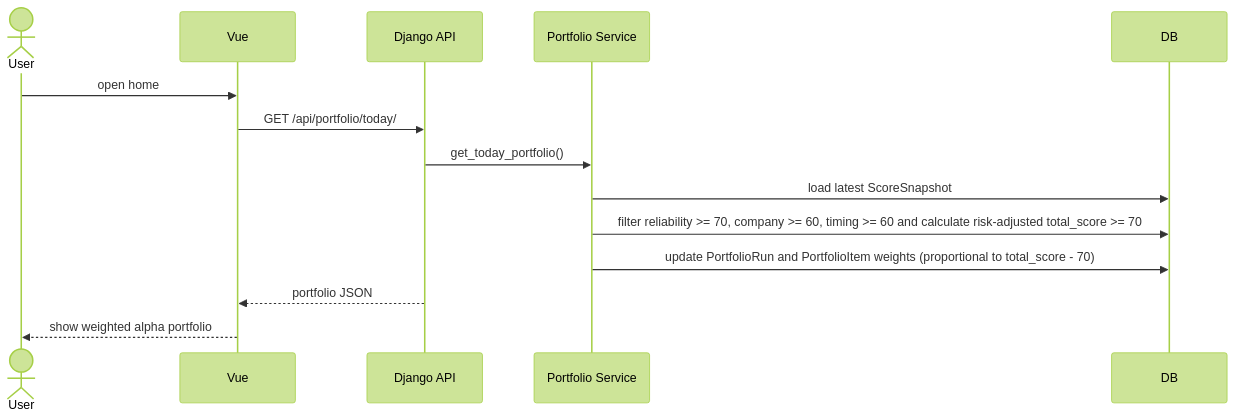
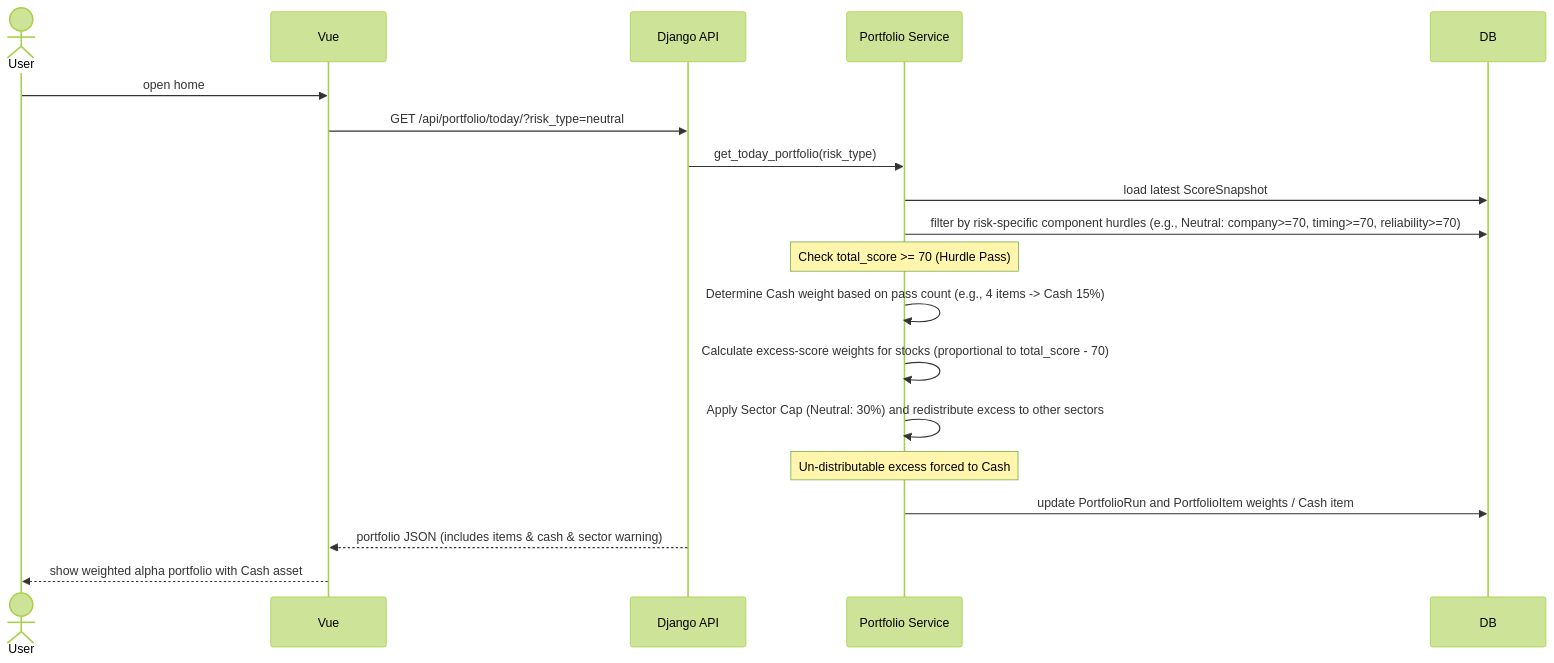
One commit to ssafy-1-pjt/Alphapick changed the third of 3 diagrams in docs/UML.md. Above: the diagram before and after it, drawn with Mermaid (forest theme). The commit also changed 3 other files, not shown here.

Commit message:
Doc: create recommendation requirements spec and update PRD, UML, and README indexes

````diff
--- a/docs/UML.md
+++ b/docs/UML.md
@@ -73,17 +73,22 @@
 ```mermaid
 sequenceDiagram
   actor User
   participant Vue
   participant API as Django API
   participant Engine as Portfolio Service
   participant DB
 
   User->>Vue: open home
-  Vue->>API: GET /api/portfolio/today/
-  API->>Engine: get_today_portfolio()
+  Vue->>API: GET /api/portfolio/today/?risk_type=neutral
+  API->>Engine: get_today_portfolio(risk_type)
   Engine->>DB: load latest ScoreSnapshot
-  Engine->>DB: filter reliability >= 70, company >= 60, timing >= 60 and calculate risk-adjusted total_score >= 70
-  Engine->>DB: update PortfolioRun and PortfolioItem weights (proportional to total_score - 70)
-  API-->>Vue: portfolio JSON
-  Vue-->>User: show weighted alpha portfolio
+  Engine->>DB: filter by risk-specific component hurdles (e.g., Neutral: company>=70, timing>=70, reliability>=70)
+  Note over Engine: Check total_score >= 70 (Hurdle Pass)
+  Engine->>Engine: Determine Cash weight based on pass count (e.g., 4 items -> Cash 15%)
+  Engine->>Engine: Calculate excess-score weights for stocks (proportional to total_score - 70)
+  Engine->>Engine: Apply Sector Cap (Neutral: 30%) and redistribute excess to other sectors
+  Note over Engine: Un-distributable excess forced to Cash
+  Engine->>DB: update PortfolioRun and PortfolioItem weights / Cash item
+  API-->>Vue: portfolio JSON (includes items & cash & sector warning)
+  Vue-->>User: show weighted alpha portfolio with Cash asset
 ```
````
